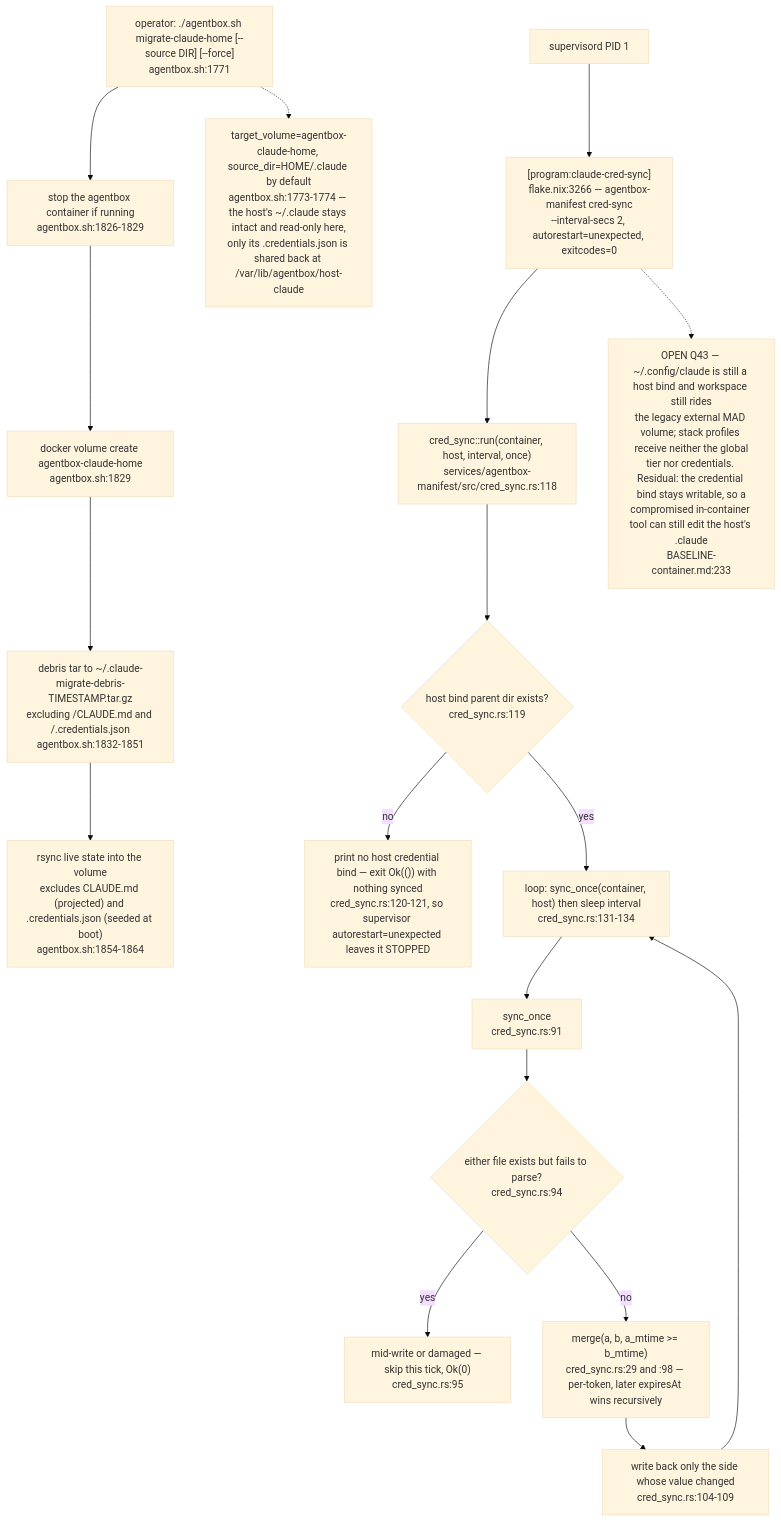
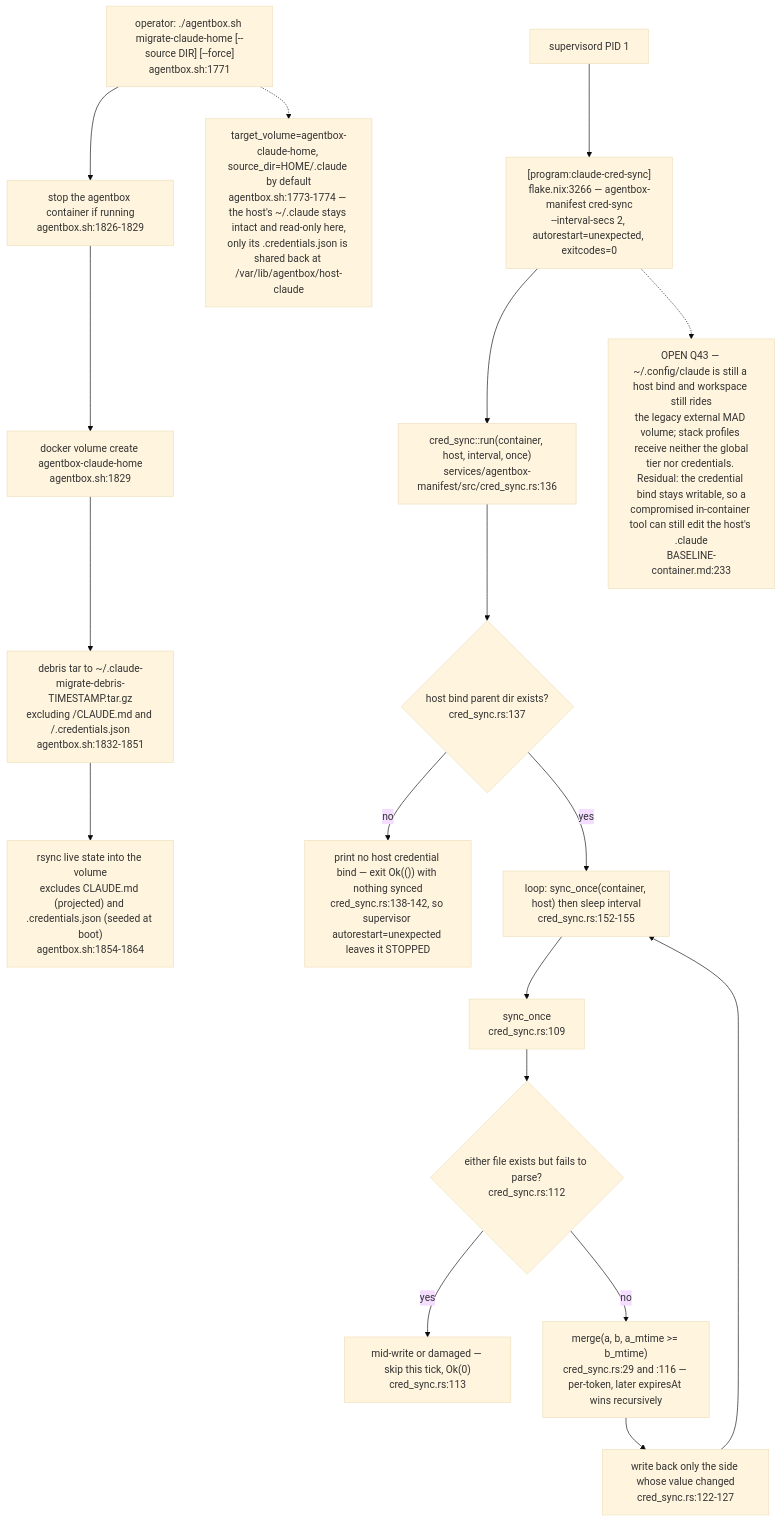
Before and after one commit to DreamLab-AI/VisionFlow: diagram 11 of 11 in docs/diagrams/agentbox/07-daemons-reapers-cron-backups.md, drawn with Mermaid (base theme). The commit also changed other lines of this file and 151 other files, not shown here.

````diff
--- a/docs/diagrams/agentbox/07-daemons-reapers-cron-backups.md
+++ b/docs/diagrams/agentbox/07-daemons-reapers-cron-backups.md
@@ -401,22 +401,22 @@
 ```mermaid
 flowchart TD
     MIG["operator: ./agentbox.sh migrate-claude-home [--source DIR] [--force]<br/>agentbox.sh:1771"] --> STOP["stop the agentbox container if running<br/>agentbox.sh:1826-1829"]
     STOP --> VOL["docker volume create agentbox-claude-home<br/>agentbox.sh:1829"]
     VOL --> DEB["debris tar to ~/.claude-migrate-debris-TIMESTAMP.tar.gz<br/>excluding /CLAUDE.md and /.credentials.json<br/>agentbox.sh:1832-1851"]
     DEB --> RSYNC["rsync live state into the volume<br/>excludes CLAUDE.md (projected) and .credentials.json (seeded at boot)<br/>agentbox.sh:1854-1864"]
 
     SUP["supervisord PID 1"] --> CS["[program:claude-cred-sync]<br/>flake.nix:3266 — agentbox-manifest cred-sync<br/>--interval-secs 2, autorestart=unexpected, exitcodes=0"]
-    CS --> RUN["cred_sync::run(container, host, interval, once)<br/>services/agentbox-manifest/src/cred_sync.rs:118"]
-    RUN --> GATE{"host bind parent dir exists?<br/>cred_sync.rs:119"}
-    GATE -->|no| EXIT0["print no host credential bind — exit Ok(()) with nothing synced<br/>cred_sync.rs:120-121, so supervisor autorestart=unexpected leaves it STOPPED"]
-    GATE -->|yes| LOOP["loop: sync_once(container, host) then sleep interval<br/>cred_sync.rs:131-134"]
-    LOOP --> SO["sync_once<br/>cred_sync.rs:91"]
-    SO --> TORN{"either file exists but fails to parse?<br/>cred_sync.rs:94"}
-    TORN -->|yes| WAIT["mid-write or damaged — skip this tick, Ok(0)<br/>cred_sync.rs:95"]
-    TORN -->|no| MERGE["merge(a, b, a_mtime >= b_mtime)<br/>cred_sync.rs:29 and :98 — per-token, later expiresAt wins recursively"]
-    MERGE --> WRITE["write back only the side whose value changed<br/>cred_sync.rs:104-109"]
+    CS --> RUN["cred_sync::run(container, host, interval, once)<br/>services/agentbox-manifest/src/cred_sync.rs:136"]
+    RUN --> GATE{"host bind parent dir exists?<br/>cred_sync.rs:137"}
+    GATE -->|no| EXIT0["print no host credential bind — exit Ok(()) with nothing synced<br/>cred_sync.rs:138-142, so supervisor autorestart=unexpected leaves it STOPPED"]
+    GATE -->|yes| LOOP["loop: sync_once(container, host) then sleep interval<br/>cred_sync.rs:152-155"]
+    LOOP --> SO["sync_once<br/>cred_sync.rs:109"]
+    SO --> TORN{"either file exists but fails to parse?<br/>cred_sync.rs:112"}
+    TORN -->|yes| WAIT["mid-write or damaged — skip this tick, Ok(0)<br/>cred_sync.rs:113"]
+    TORN -->|no| MERGE["merge(a, b, a_mtime >= b_mtime)<br/>cred_sync.rs:29 and :116 — per-token, later expiresAt wins recursively"]
+    MERGE --> WRITE["write back only the side whose value changed<br/>cred_sync.rs:122-127"]
     WRITE --> LOOP
 
     MIG -.-> NOTE1["target_volume=agentbox-claude-home, source_dir=HOME/.claude by default<br/>agentbox.sh:1773-1774 — the host's ~/.claude stays intact and read-only here,<br/>only its .credentials.json is shared back at /var/lib/agentbox/host-claude"]
     CS -.-> Q43["OPEN Q43 — ~/.config/claude is still a host bind and workspace still rides<br/>the legacy external MAD volume; stack profiles receive neither the global<br/>tier nor credentials. Residual: the credential bind stays writable, so a<br/>compromised in-container tool can still edit the host's .claude<br/>BASELINE-container.md:233"]
 ```
````
